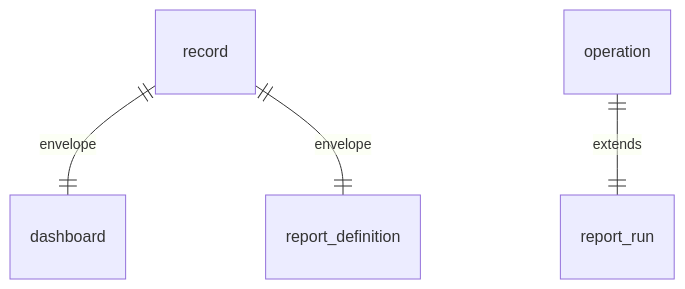
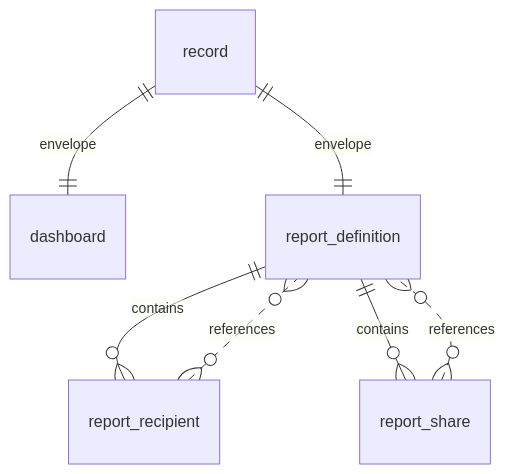
One commit to KatrielMoses/pm changed diagram 21 of 30 in docs/architecture/data/generated/er-diagrams.md. Above: the diagram before and after it, drawn with Mermaid. The commit also changed 14 other files, not shown here.

````diff
--- a/docs/architecture/data/generated/er-diagrams.md
+++ b/docs/architecture/data/generated/er-diagrams.md
@@ -314,6 +314,9 @@
 ```mermaid
 erDiagram
   record ||--|| dashboard : "envelope"
   record ||--|| report_definition : "envelope"
-  operation ||--|| report_run : "extends"
+  report_definition ||--o{ report_recipient : "contains"
+  report_recipient }o..o{ report_definition : "references"
+  report_definition ||--o{ report_share : "contains"
+  report_share }o..o{ report_definition : "references"
 ```
````
